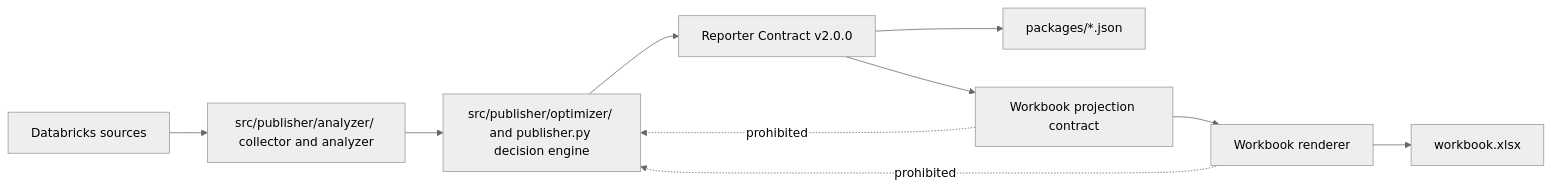
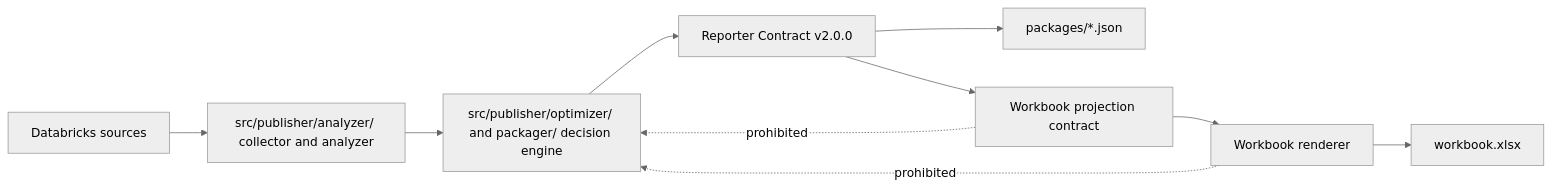
Before and after one commit to thiaga-gk/expert-funicular: the first of 19 diagrams in docs/architecture/lld.md, drawn with Mermaid (neutral theme). The commit also changed other lines of this file and 11 other files, not shown here.

````diff
--- a/docs/architecture/lld.md
+++ b/docs/architecture/lld.md
@@ -94,13 +101,13 @@
 ```mermaid
 flowchart LR
     SRC[Databricks sources] --> ANA[src/publisher/analyzer/ collector and analyzer]
-    ANA --> PUB[src/publisher/optimizer/ and publisher.py decision engine]
+    ANA --> PUB[src/publisher/optimizer/ and packager/ decision engine]
     PUB --> RC[Reporter Contract v2.0.0]
     RC --> JSON[packages/*.json]
     RC --> WC[Workbook projection contract]
     WC --> XR[Workbook renderer]
     XR --> XLSX[workbook.xlsx]
 
     WC -. prohibited .-> PUB
     XR -. prohibited .-> PUB
 ```
````
